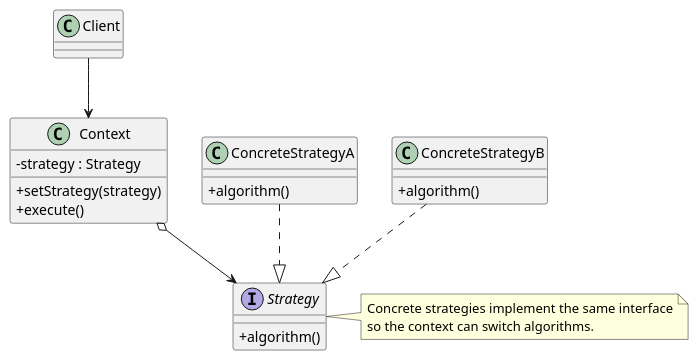
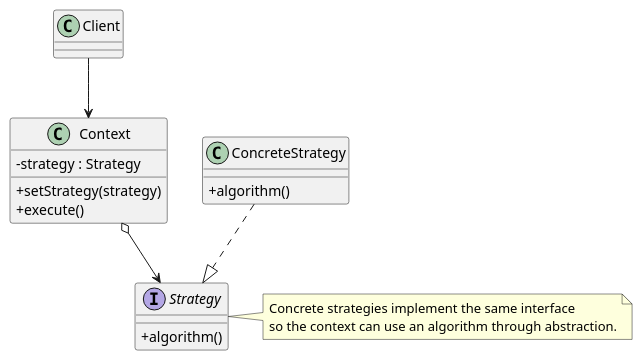
Before and after one commit to ASHRAF-2004/Machine-Learning-Based-System-for-Cardiopulmonary-Sound-Separation: the diagram in docs/software_design_report/diagrams/puml/strategy_template.puml, drawn with PlantUML. The commit also changed 20 other files, not shown here.

Commit message:
Polish software design report structure and diagrams

```diff
--- a/docs/software_design_report/diagrams/puml/strategy_template.puml
+++ b/docs/software_design_report/diagrams/puml/strategy_template.puml
@@ -1,38 +1,33 @@
 @startuml
 ' Strategy Pattern template diagram.
 ' Suggested LaTeX placement: normal page.
 
 skinparam classAttributeIconSize 0
 skinparam shadowing false
 
 class Client
 
 class Context {
   -strategy : Strategy
   +setStrategy(strategy)
   +execute()
 }
 
 interface Strategy {
   +algorithm()
 }
 
-class ConcreteStrategyA {
-  +algorithm()
-}
-
-class ConcreteStrategyB {
+class ConcreteStrategy {
   +algorithm()
 }
 
 Client --> Context
 Context o--> Strategy
-ConcreteStrategyA ..|> Strategy
-ConcreteStrategyB ..|> Strategy
+ConcreteStrategy ..|> Strategy
 
 note right of Strategy
   Concrete strategies implement the same interface
-  so the context can switch algorithms.
+  so the context can use an algorithm through abstraction.
 end note
 
 @enduml
```
